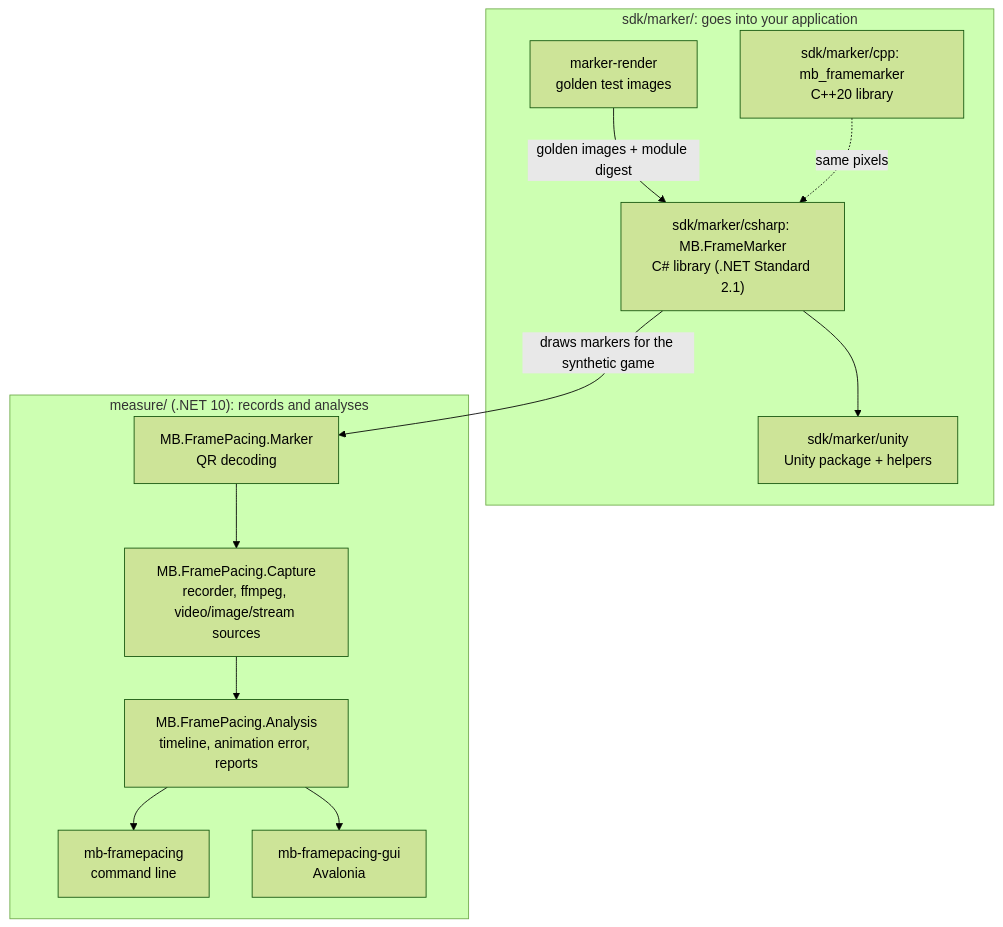
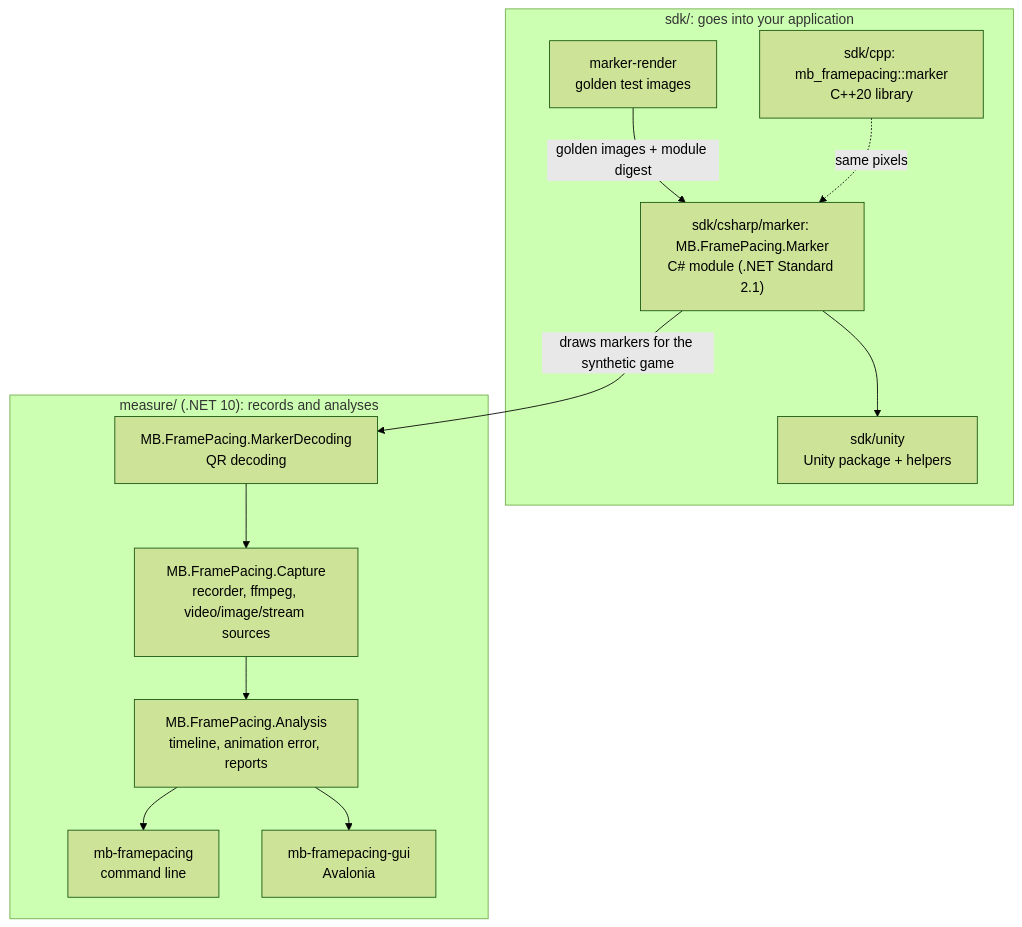
One commit to Unarmed1000/mb-framepacing changed the fourth of 4 diagrams in README.md. Above: the diagram before and after it, drawn with Mermaid (forest theme). The commit also changed other lines of this file and 550 other files, not shown here.

First line of the commit message:
SDK: one library of modules in every language, one version, a language-first layout

````diff
--- a/README.md
+++ b/README.md
@@ -464,22 +467,22 @@
 ```mermaid
 flowchart TB
-    subgraph marker["sdk/marker/: goes into your application"]
-        L["sdk/marker/cpp: mb_framemarker<br/>C++20 library"]
+    subgraph marker["sdk/: goes into your application"]
+        L["sdk/cpp: mb_framepacing::marker<br/>C++20 library"]
         R["marker-render<br/>golden test images"]
-        CS["sdk/marker/csharp: MB.FrameMarker<br/>C# library (.NET Standard 2.1)"]
-        U["sdk/marker/unity<br/>Unity package + helpers"]
+        CS["sdk/csharp/marker: MB.FramePacing.Marker<br/>C# module (.NET Standard 2.1)"]
+        U["sdk/unity<br/>Unity package + helpers"]
     end
     subgraph dotnet["measure/ (.NET 10): records and analyses"]
-        M["MB.FramePacing.Marker<br/>QR decoding"]
+        M["MB.FramePacing.MarkerDecoding<br/>QR decoding"]
         CAP["MB.FramePacing.Capture<br/>recorder, ffmpeg, video/image/stream sources"]
         AN["MB.FramePacing.Analysis<br/>timeline, animation error, reports"]
         CLI["mb-framepacing<br/>command line"]
         GUI["mb-framepacing-gui<br/>Avalonia"]
     end
     R -- "golden images + module digest" --> CS
     L -.->|same pixels| CS
     CS --> U
     CS -- "draws markers for the synthetic game" --> M
     M --> CAP --> AN --> CLI
     AN --> GUI
 ```
````
